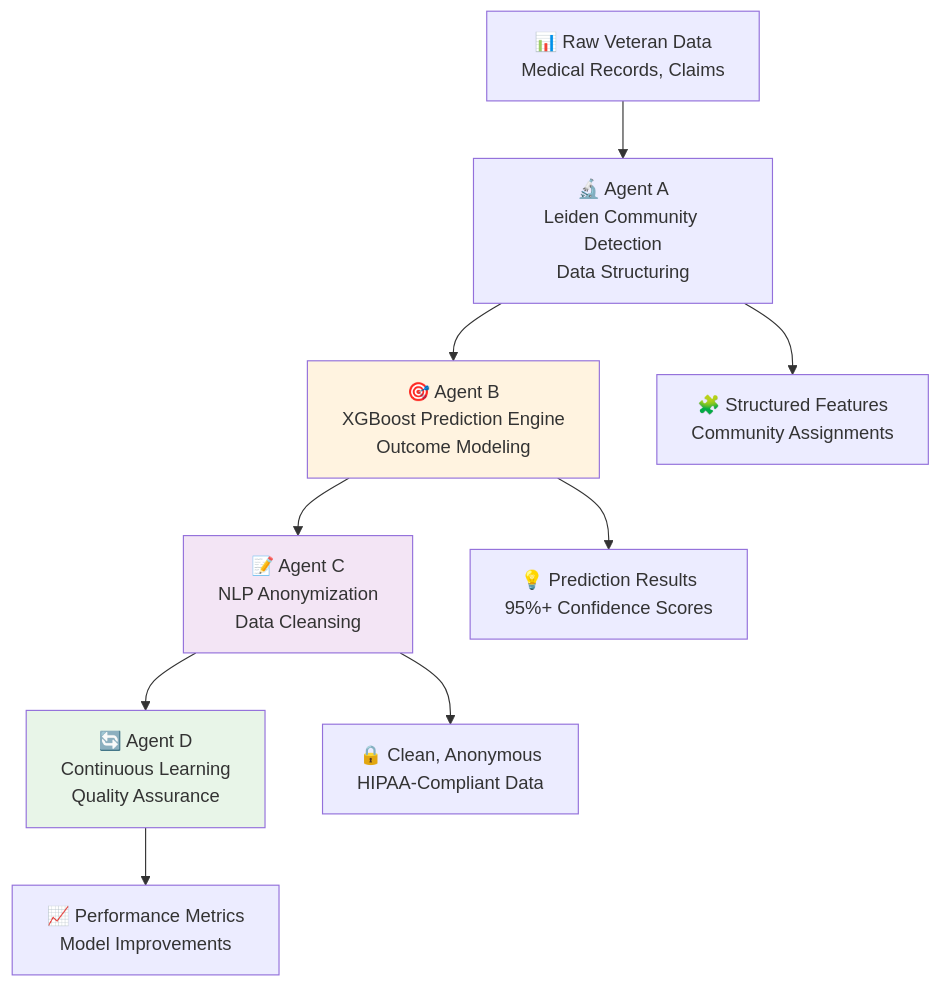
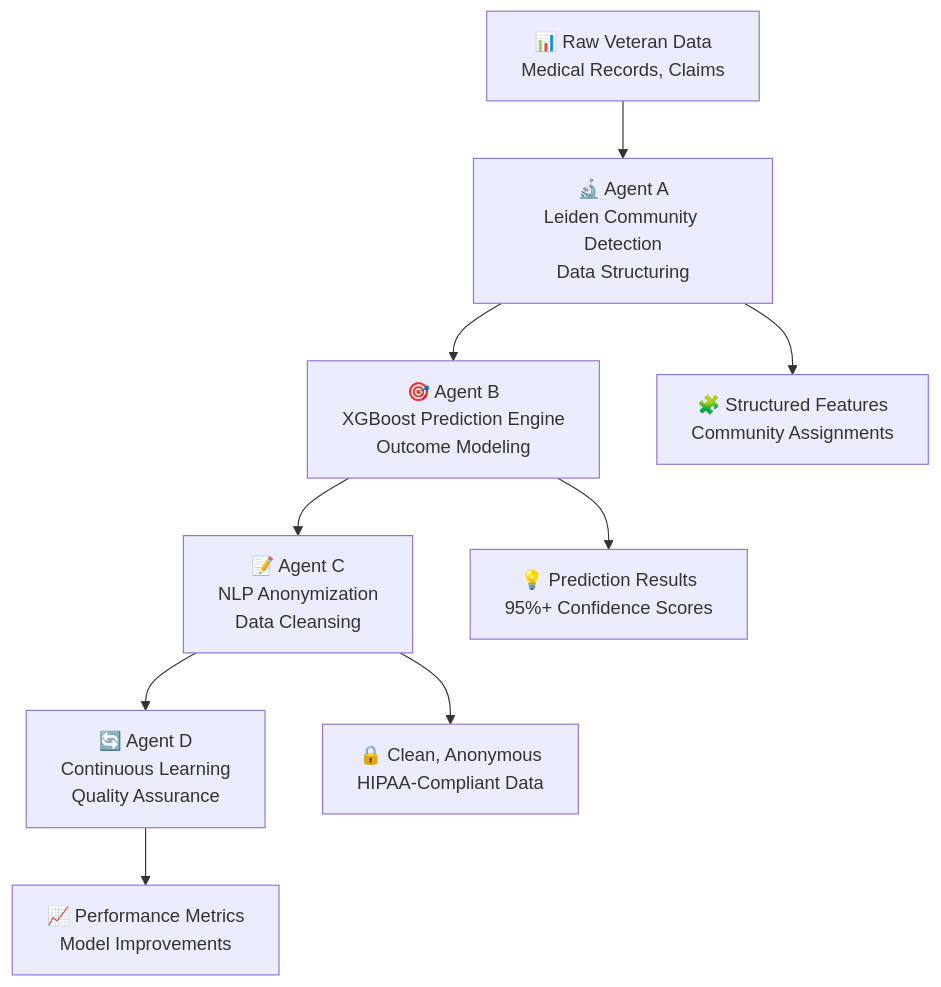
The first of 3 diagrams in README.md (Skinz1434/SkinZAI-VBMS), drawn with Mermaid before and after one commit.

````diff
--- a/README.md
+++ b/README.md
@@ -54,17 +54,17 @@
 ```mermaid
 graph TB
     A["🔬 Agent A<br/>Leiden Community Detection<br/>Data Structuring"] --> B["🎯 Agent B<br/>XGBoost Prediction Engine<br/>Outcome Modeling"]
     B --> C["📝 Agent C<br/>NLP Anonymization<br/>Data Cleansing"]
     C --> D["🔄 Agent D<br/>Continuous Learning<br/>Quality Assurance"]
     
     E["📊 Raw Veteran Data<br/>Medical Records, Claims"] --> A
     A --> F["🧩 Structured Features<br/>Community Assignments"]
     B --> G["💡 Prediction Results<br/>95%+ Confidence Scores"]
     C --> H["🔒 Clean, Anonymous<br/>HIPAA-Compliant Data"]
     D --> I["📈 Performance Metrics<br/>Model Improvements"]
     
     style A fill:#e1f5fe + text #0B1220
-    style B fill:#fff3e0
-    style C fill:#f3e5f5
-    style D fill:#e8f5e8
+    style B fill:#fff3e0 + text #0B1220
+    style C fill:#f3e5f5 + text #0B1220
+    style D fill:#e8f5e8 + text #0B1220
 ```
````
